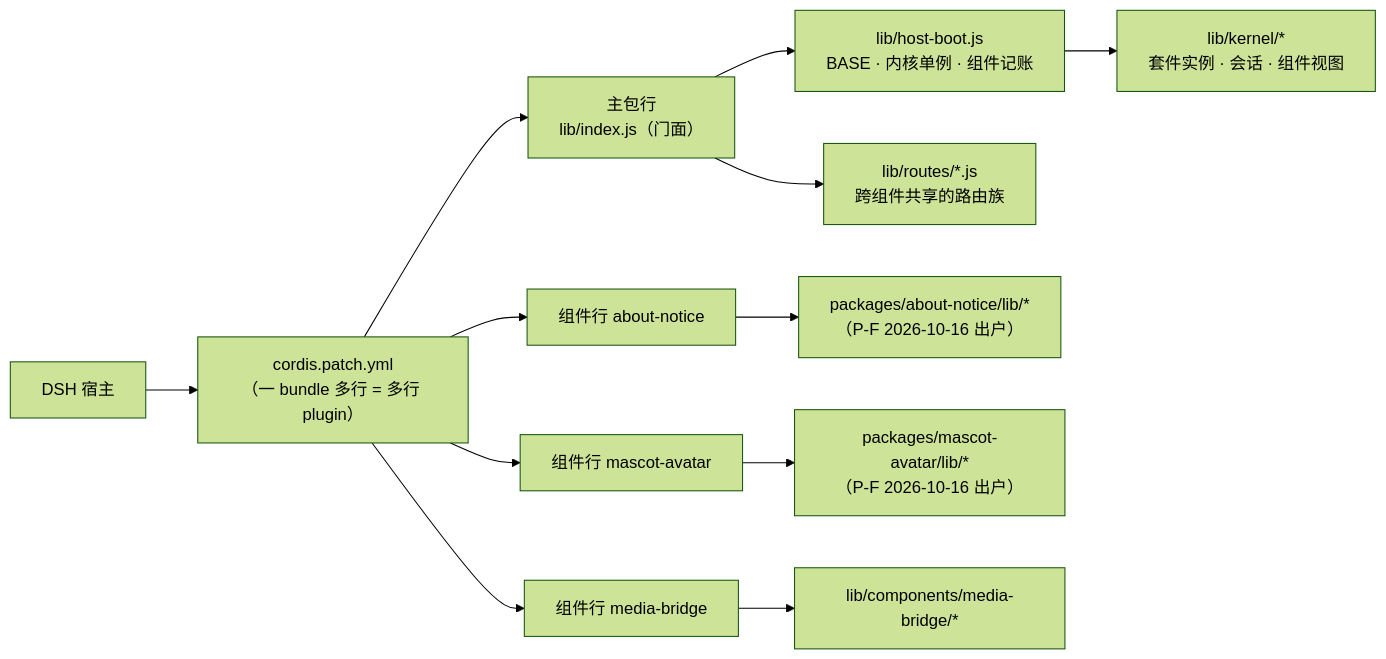
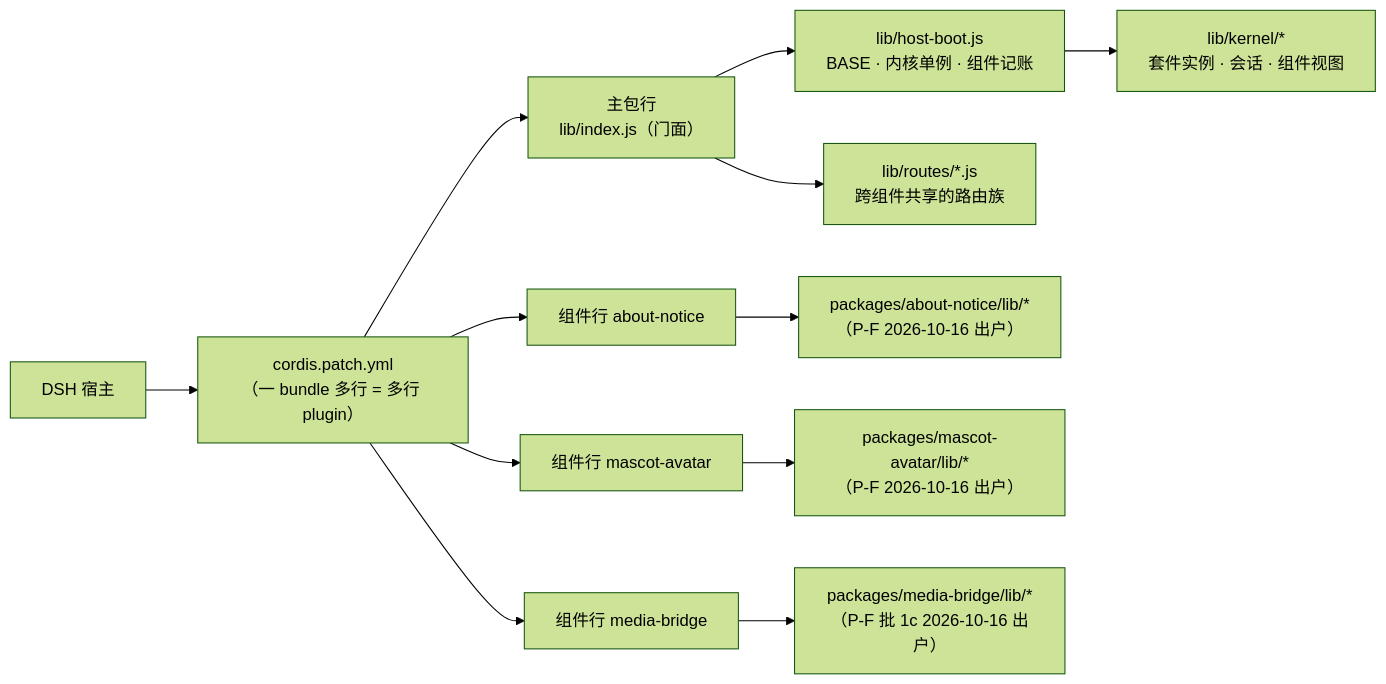
One commit to AuroraAeon/dsh-wallpaper-engine changed the diagram in docs/ARCHITECTURE-SPLIT.md. Above: the diagram before and after it, drawn with Mermaid (forest theme). The commit also changed other lines of this file and 60 other files, not shown here.

````diff
--- a/docs/ARCHITECTURE-SPLIT.md
+++ b/docs/ARCHITECTURE-SPLIT.md
@@ -35,14 +35,14 @@
 ```mermaid
 graph LR
     HOST["DSH 宿主"] --> P["cordis.patch.yml<br/>（一 bundle 多行 = 多行 plugin）"]
     P --> MAIN["主包行<br/>lib/index.js（门面）"]
     P --> C1["组件行 about-notice"]
     P --> C2["组件行 mascot-avatar"]
     P --> C3["组件行 media-bridge"]
     MAIN --> BOOT["lib/host-boot.js<br/>BASE · 内核单例 · 组件记账"]
     BOOT --> KN["lib/kernel/*<br/>套件实例 · 会话 · 组件视图"]
     MAIN --> R["lib/routes/*.js<br/>跨组件共享的路由族"]
     C1 --> R1["packages/about-notice/lib/*<br/>（P-F 2026-10-16 出户）"]
     C2 --> R2["packages/mascot-avatar/lib/*<br/>（P-F 2026-10-16 出户）"]
-    C3 --> R3["lib/components/media-bridge/*"]
+    C3 --> R3["packages/media-bridge/lib/*（P-F 批 1c 2026-10-16 出户）"]
 ```
````
